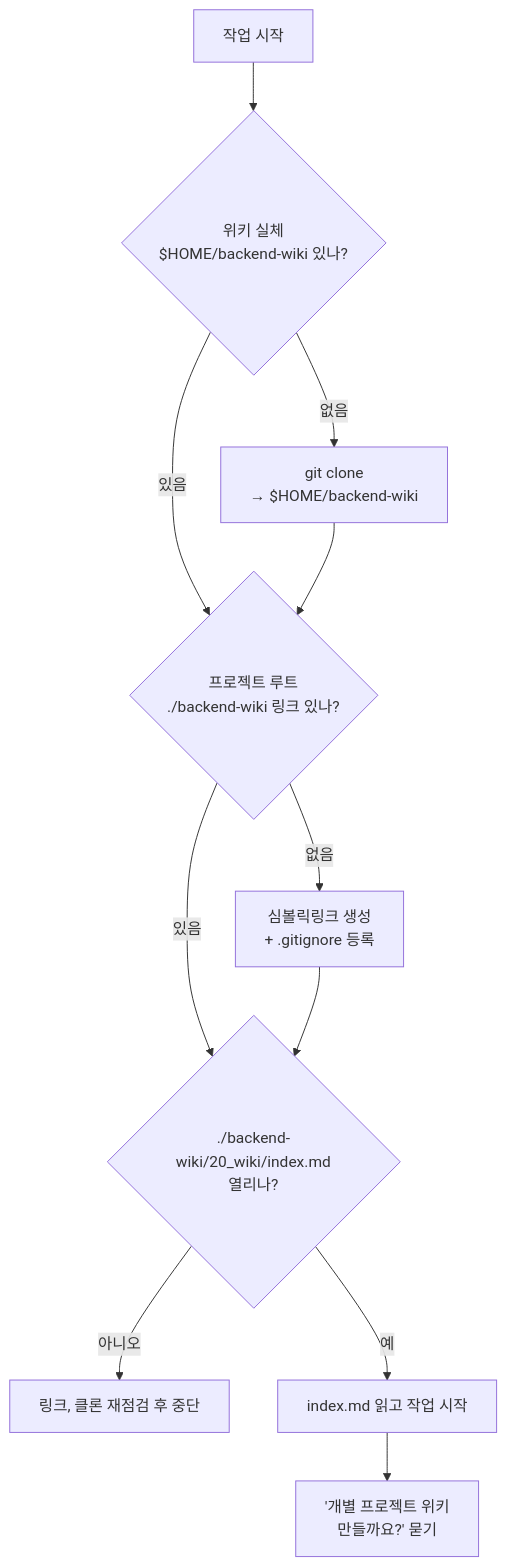
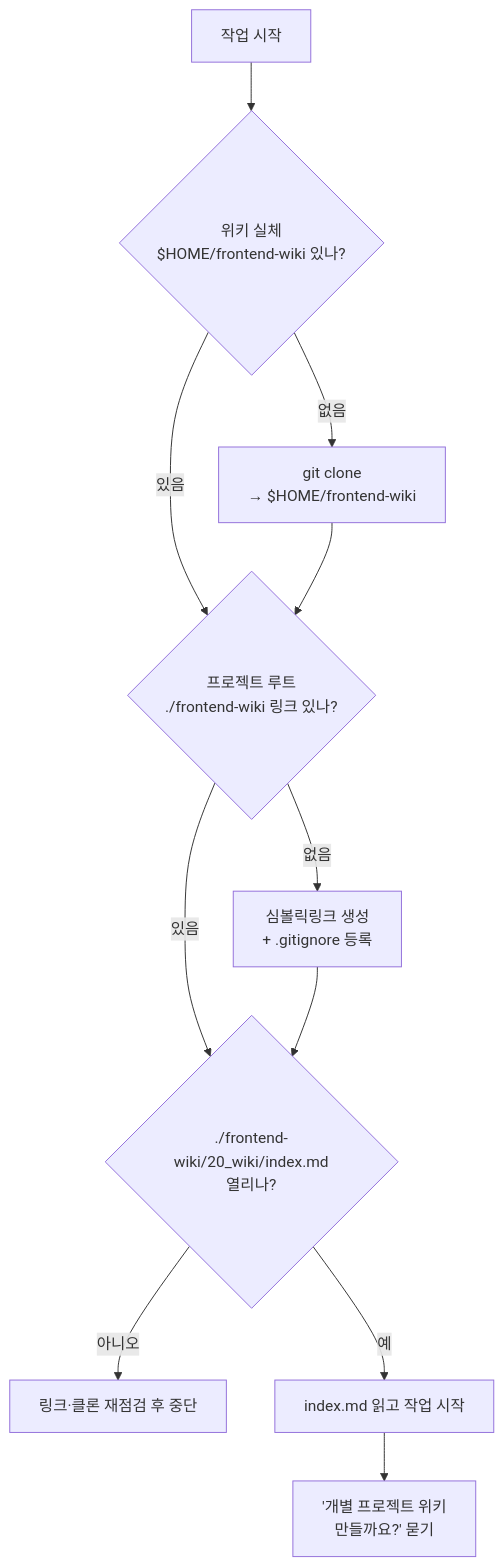
The diagram in docs/20_wiki/operations/agent-instruction-guide.md (pkt369/isometic-2d-test), drawn with Mermaid before and after one commit. The commit also changed other lines of this file and 49 other files, not shown here.

````diff
--- a/docs/20_wiki/operations/agent-instruction-guide.md
+++ b/docs/20_wiki/operations/agent-instruction-guide.md
@@ -34,13 +60,13 @@
 ```mermaid
 flowchart TD
-    A[작업 시작] --> B{"위키 실체<br/>$HOME/backend-wiki 있나?"}
-    B -- 없음 --> C["git clone<br/>→ $HOME/backend-wiki"]
+    A[작업 시작] --> B{"위키 실체<br/>$HOME/frontend-wiki 있나?"}
+    B -- 없음 --> C["git clone<br/>→ $HOME/frontend-wiki"]
     B -- 있음 --> D
-    C --> D{"프로젝트 루트<br/>./backend-wiki 링크 있나?"}
+    C --> D{"프로젝트 루트<br/>./frontend-wiki 링크 있나?"}
     D -- 없음 --> E["심볼릭링크 생성<br/>+ .gitignore 등록"]
     D -- 있음 --> F
-    E --> F{"./backend-wiki/20_wiki/index.md<br/>열리나?"}
-    F -- 아니오 --> G[링크, 클론 재점검 후 중단]
+    E --> F{"./frontend-wiki/20_wiki/index.md<br/>열리나?"}
+    F -- 아니오 --> G[링크·클론 재점검 후 중단]
     F -- 예 --> H[index.md 읽고 작업 시작]
     H --> I["'개별 프로젝트 위키<br/>만들까요?' 묻기"]
 ```
````
